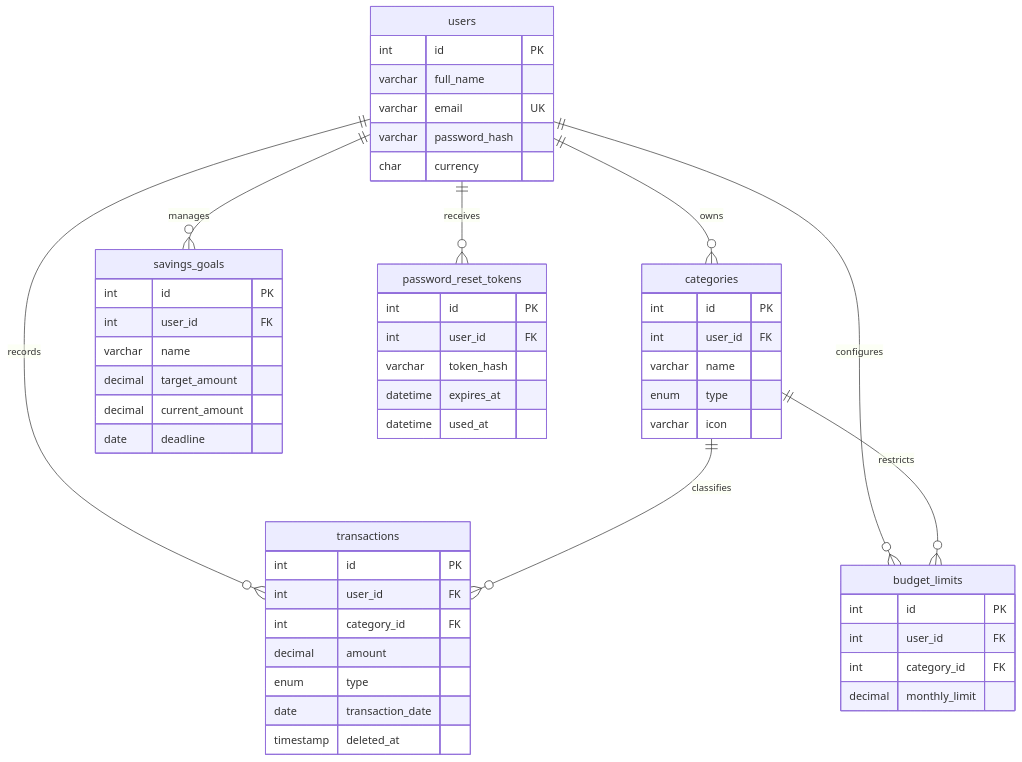
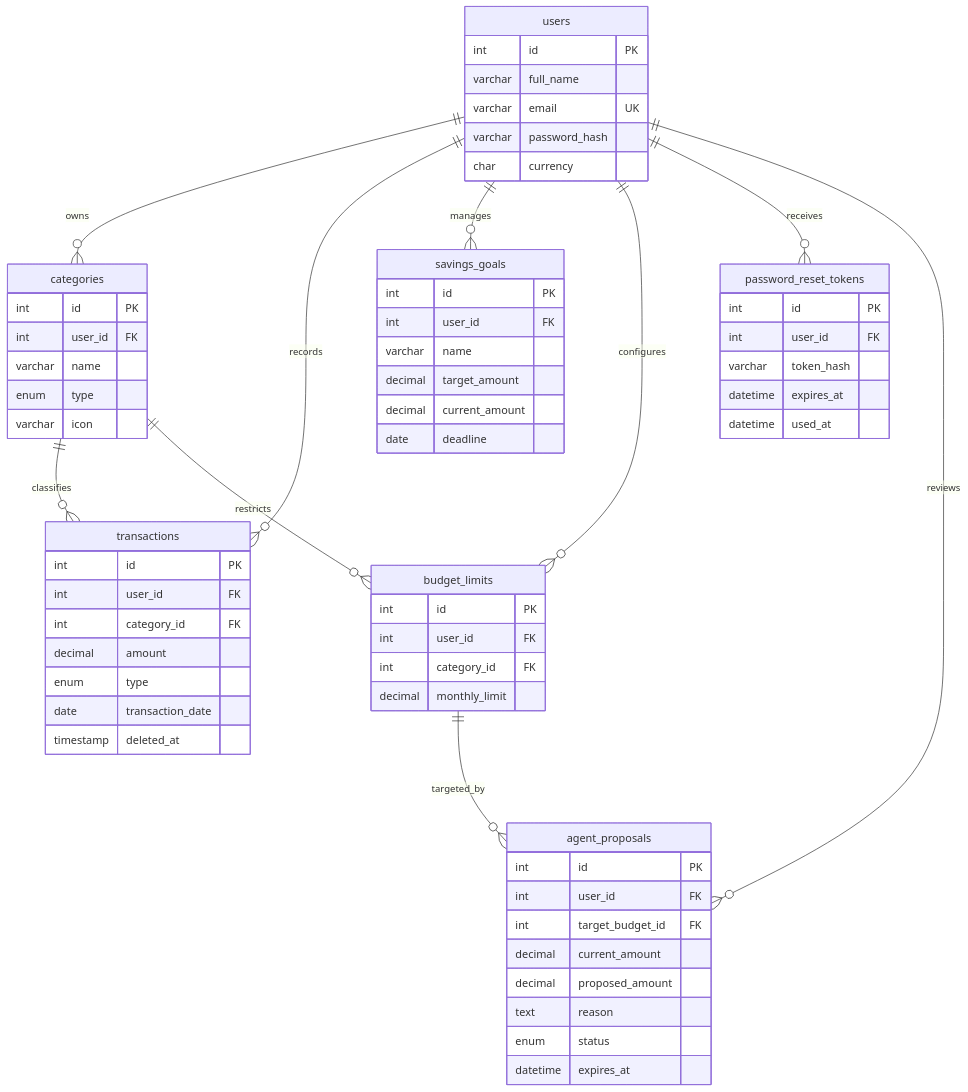
One commit to ShivShah018/FinSight changed the third of 3 diagrams in README.md. Above: the diagram before and after it, drawn with Mermaid. The commit also changed other lines of this file and 60 other files, not shown here.

````diff
--- a/README.md
+++ b/README.md
@@ -162,55 +171,67 @@
 ```mermaid
 erDiagram
     users {
         int id PK
         varchar full_name
         varchar email UK
         varchar password_hash
         char currency
     }
     categories {
         int id PK
         int user_id FK
         varchar name
         enum type
         varchar icon
     }
     transactions {
         int id PK
         int user_id FK
         int category_id FK
         decimal amount
         enum type
         date transaction_date
         timestamp deleted_at
     }
     savings_goals {
         int id PK
         int user_id FK
         varchar name
         decimal target_amount
         decimal current_amount
         date deadline
     }
     budget_limits {
         int id PK
         int user_id FK
         int category_id FK
         decimal monthly_limit
     }
     password_reset_tokens {
         int id PK
         int user_id FK
         varchar token_hash
         datetime expires_at
         datetime used_at
     }
+    agent_proposals {
+        int id PK
+        int user_id FK
+        int target_budget_id FK
+        decimal current_amount
+        decimal proposed_amount
+        text reason
+        enum status
+        datetime expires_at
+    }
 
     users ||--o{ categories : "owns"
     users ||--o{ transactions : "records"
     users ||--o{ savings_goals : "manages"
     users ||--o{ budget_limits : "configures"
     users ||--o{ password_reset_tokens : "receives"
+    users ||--o{ agent_proposals : "reviews"
     categories ||--o{ transactions : "classifies"
     categories ||--o{ budget_limits : "restricts"
+    budget_limits ||--o{ agent_proposals : "targeted_by"
 ```
````
